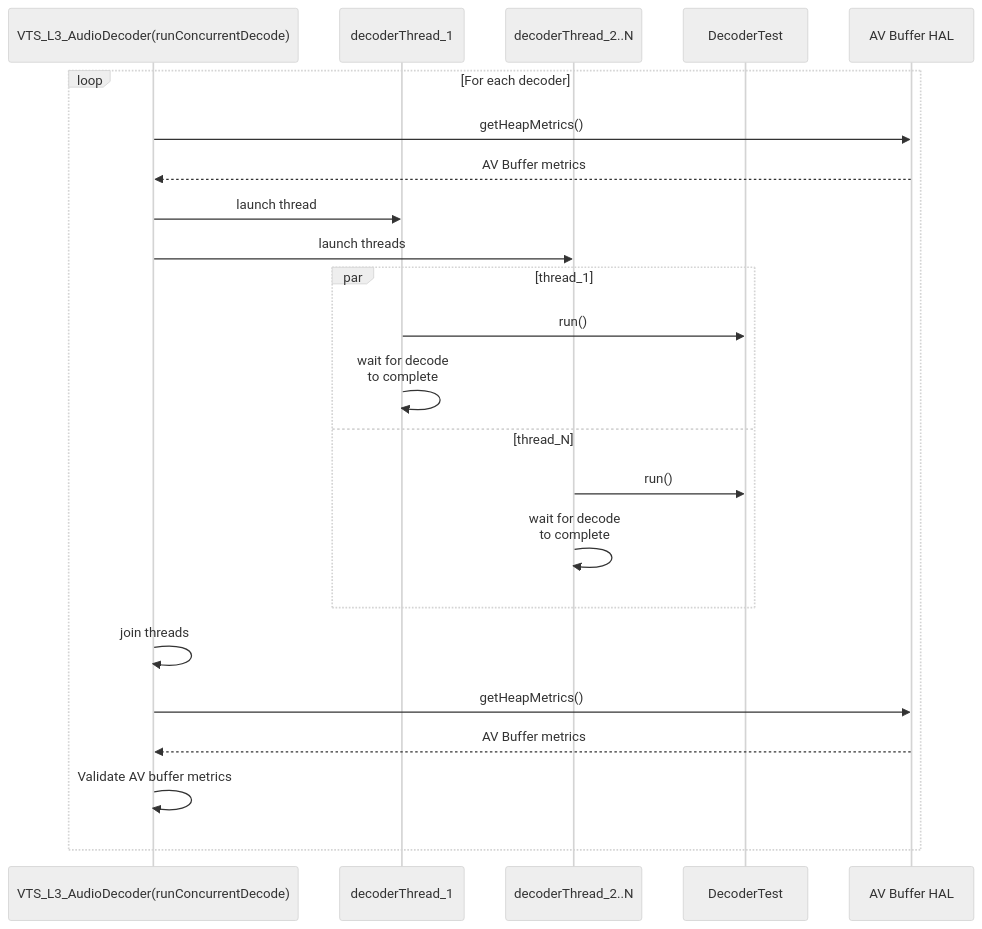
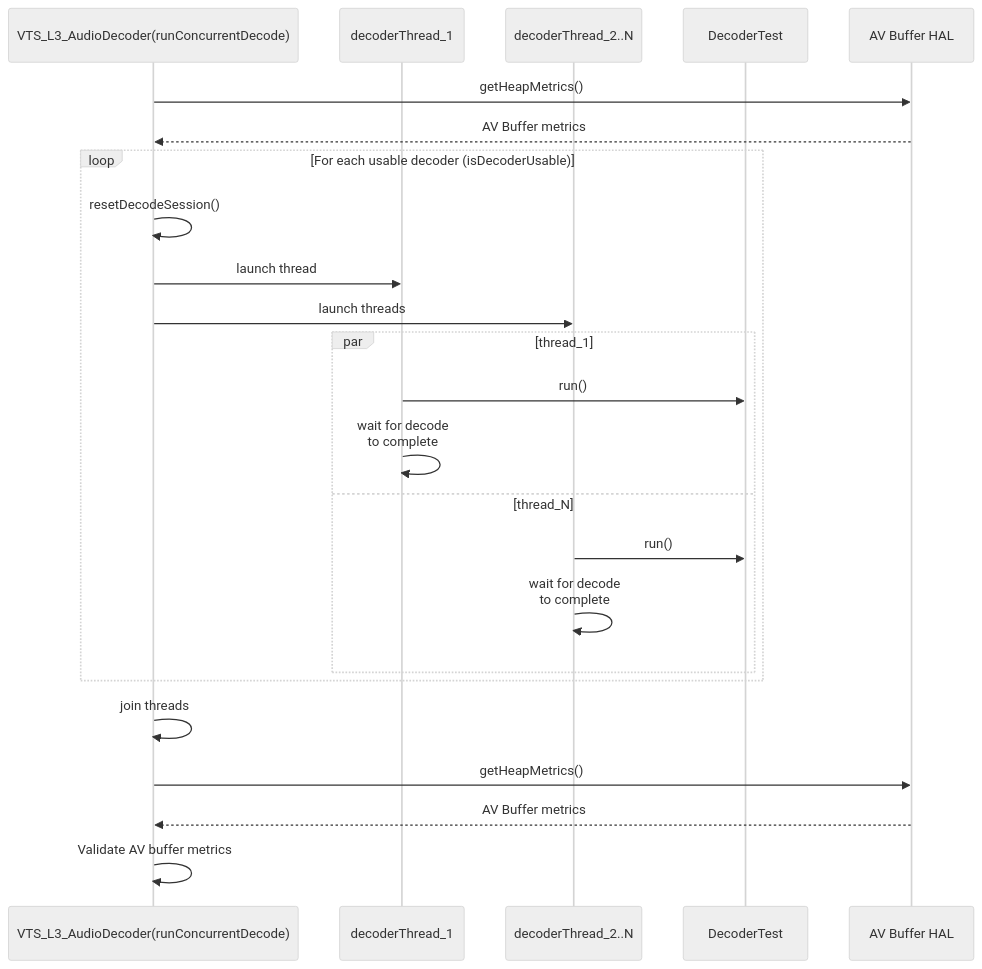
Before and after one commit to rdkcentral/rdk-halif-aidl-test-audiodecoder: the fifth of 8 diagrams in docs/pages/audioDecoder_L3_Low-Level_TestSpecification.md, drawn with Mermaid (neutral theme). The commit also changed other lines of this file and 5 other files, not shown here.

````diff
--- a/docs/pages/audioDecoder_L3_Low-Level_TestSpecification.md
+++ b/docs/pages/audioDecoder_L3_Low-Level_TestSpecification.md
@@ -279,26 +286,27 @@
 ```mermaid
 sequenceDiagram
   participant rundecoder as VTS_L3_AudioDecoder(runConcurrentDecode)
   participant thread_1 as decoderThread_1
   participant thread_N as decoderThread_2..N
   participant DecoderTest
   participant buffer as AV Buffer HAL
 
-  loop For each decoder
-    rundecoder->>buffer : getHeapMetrics()
-    buffer -->> rundecoder: AV Buffer metrics
+  rundecoder->>buffer : getHeapMetrics()
+  buffer -->> rundecoder: AV Buffer metrics
+  loop For each usable decoder (isDecoderUsable)
+    rundecoder->>rundecoder: resetDecodeSession()
     rundecoder->>thread_1: launch thread
     rundecoder->>thread_N: launch threads
     par thread_1
       thread_1->>DecoderTest: run()
       thread_1->>thread_1: wait for decode <br>to complete
     and thread_N
       thread_N->>DecoderTest: run()
       thread_N->>thread_N: wait for decode <br>to complete
     end
-    rundecoder->>rundecoder: join threads
-    rundecoder->>buffer : getHeapMetrics()
-    buffer -->> rundecoder: AV Buffer metrics
-    rundecoder->>rundecoder: Validate AV buffer metrics
   end
+  rundecoder->>rundecoder: join threads
+  rundecoder->>buffer : getHeapMetrics()
+  buffer -->> rundecoder: AV Buffer metrics
+  rundecoder->>rundecoder: Validate AV buffer metrics
 ```
````
